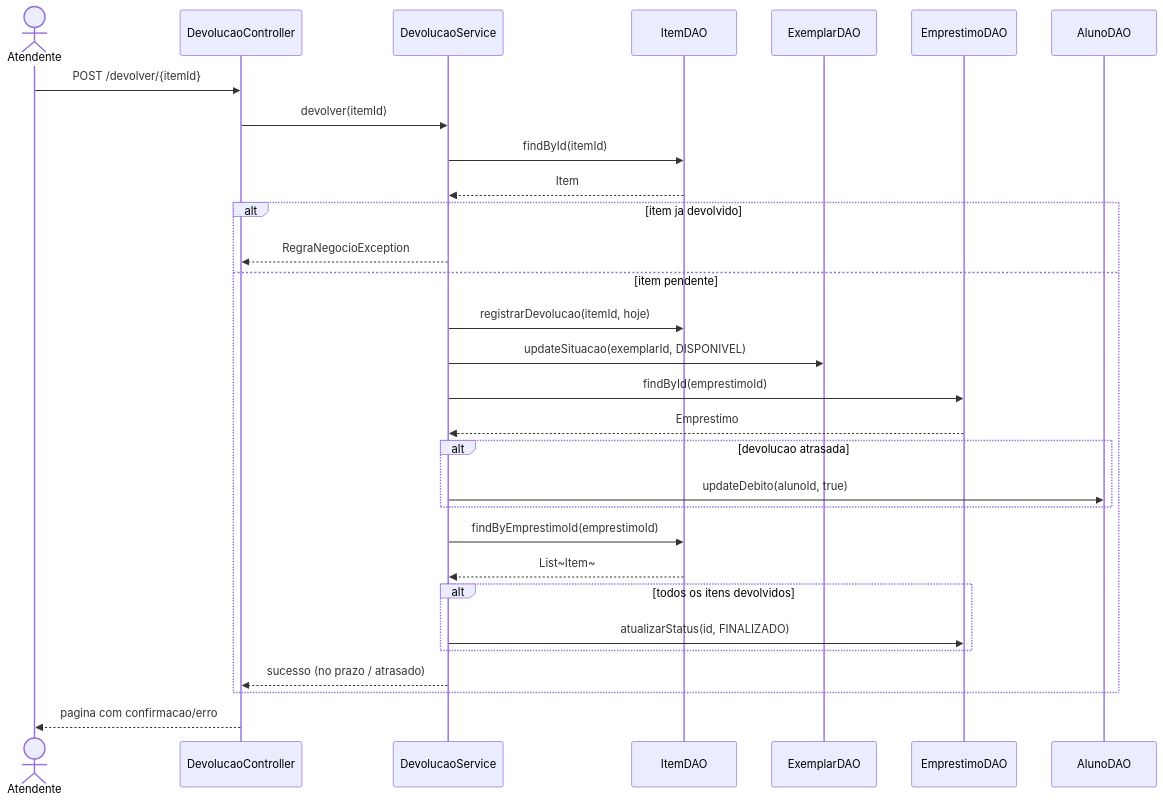
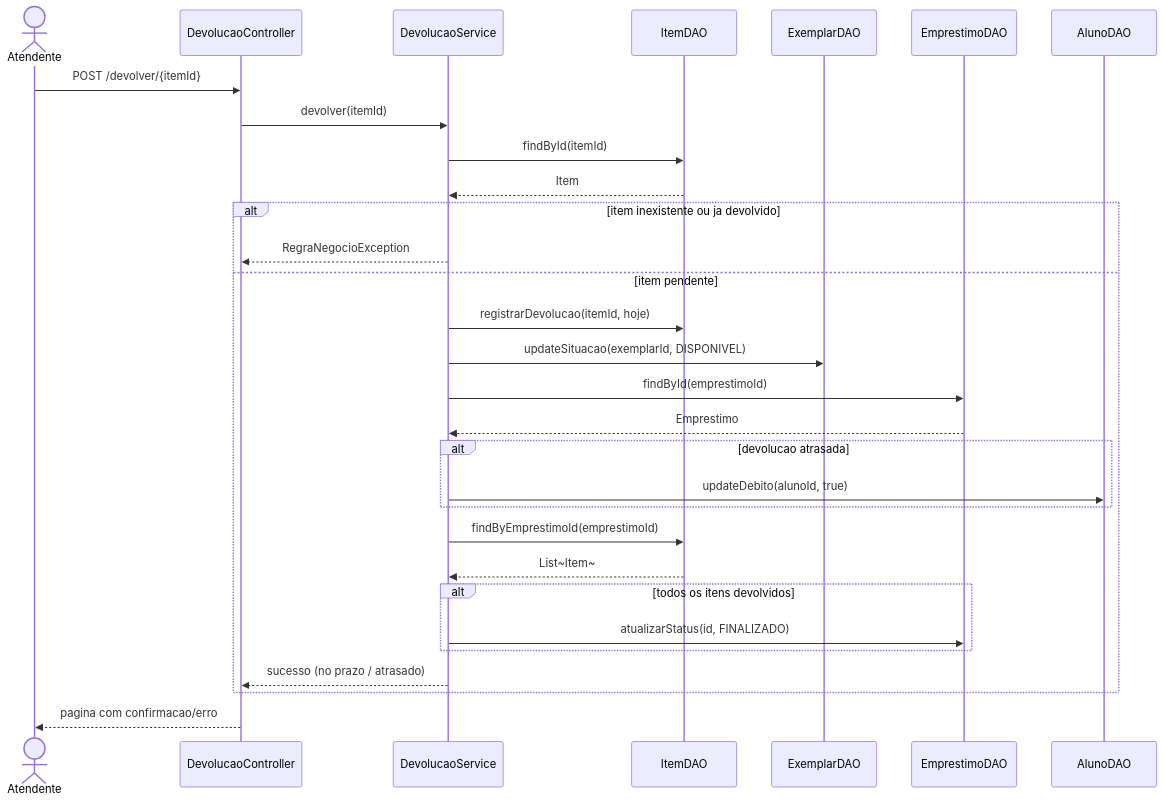
The fifth of 5 diagrams in docs/arquitetura.md (LuizGirottoo/Sistema-Biblioteca), drawn with Mermaid before and after one commit. The commit also changed other lines of this file, not shown here.

First line of the commit message:
Enhance 'Devolver Livro' use case with new flows

````diff
--- a/docs/arquitetura.md
+++ b/docs/arquitetura.md
@@ -286,36 +347,36 @@
 ```mermaid
 sequenceDiagram
     actor Atendente
     participant DevolucaoController
     participant DevolucaoService
     participant ItemDAO
     participant ExemplarDAO
     participant EmprestimoDAO
     participant AlunoDAO
 
     Atendente ->> DevolucaoController: POST /devolver/{itemId}
     DevolucaoController ->> DevolucaoService: devolver(itemId)
     DevolucaoService ->> ItemDAO: findById(itemId)
     ItemDAO -->> DevolucaoService: Item
 
-    alt item ja devolvido
+    alt item inexistente ou ja devolvido
         DevolucaoService -->> DevolucaoController: RegraNegocioException
     else item pendente
         DevolucaoService ->> ItemDAO: registrarDevolucao(itemId, hoje)
         DevolucaoService ->> ExemplarDAO: updateSituacao(exemplarId, DISPONIVEL)
         DevolucaoService ->> EmprestimoDAO: findById(emprestimoId)
         EmprestimoDAO -->> DevolucaoService: Emprestimo
 
         alt devolucao atrasada
             DevolucaoService ->> AlunoDAO: updateDebito(alunoId, true)
         end
 
         DevolucaoService ->> ItemDAO: findByEmprestimoId(emprestimoId)
         ItemDAO -->> DevolucaoService: List~Item~
         alt todos os itens devolvidos
             DevolucaoService ->> EmprestimoDAO: atualizarStatus(id, FINALIZADO)
         end
         DevolucaoService -->> DevolucaoController: sucesso (no prazo / atrasado)
     end
     DevolucaoController -->> Atendente: pagina com confirmacao/erro
 ```
````
